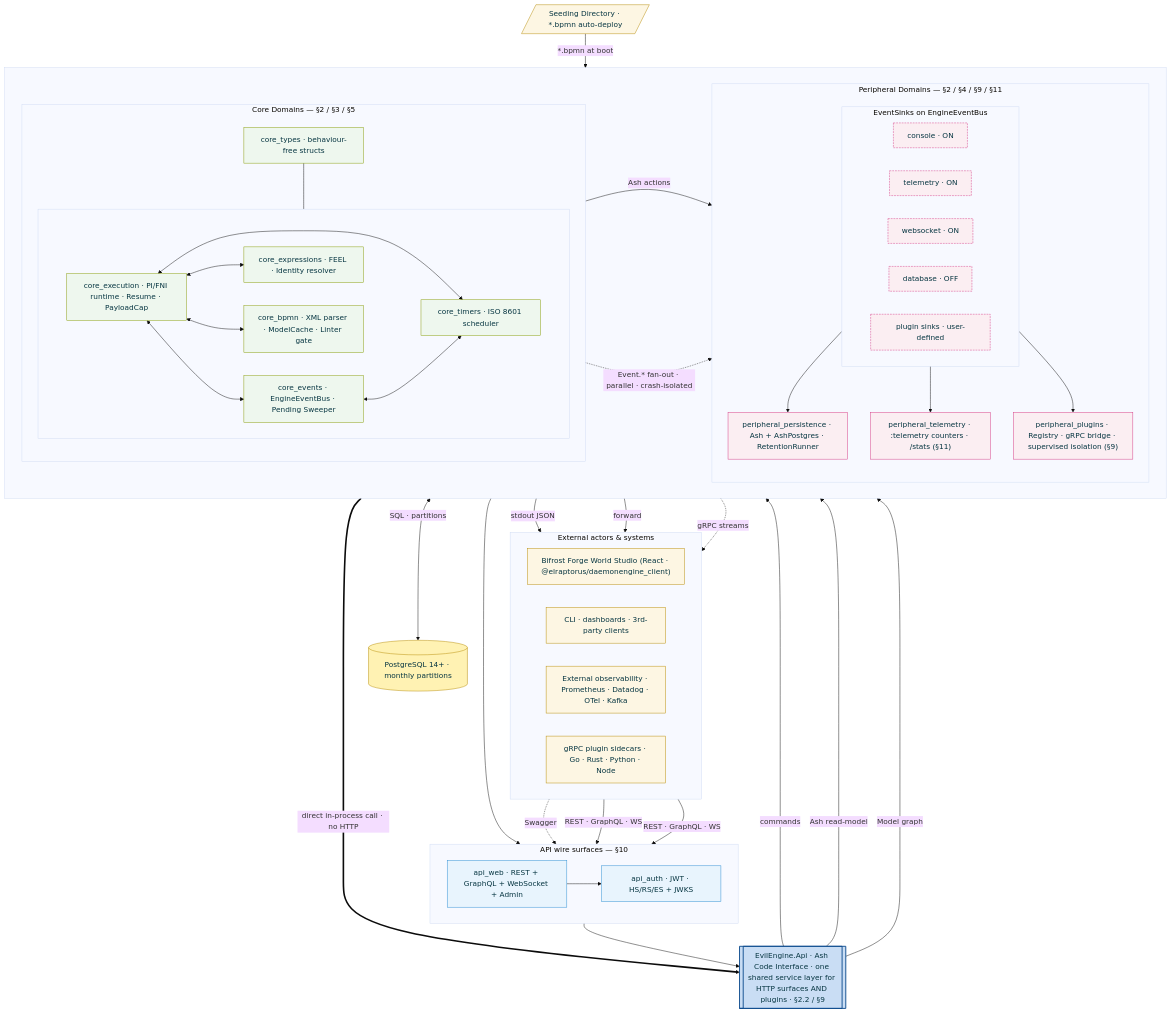
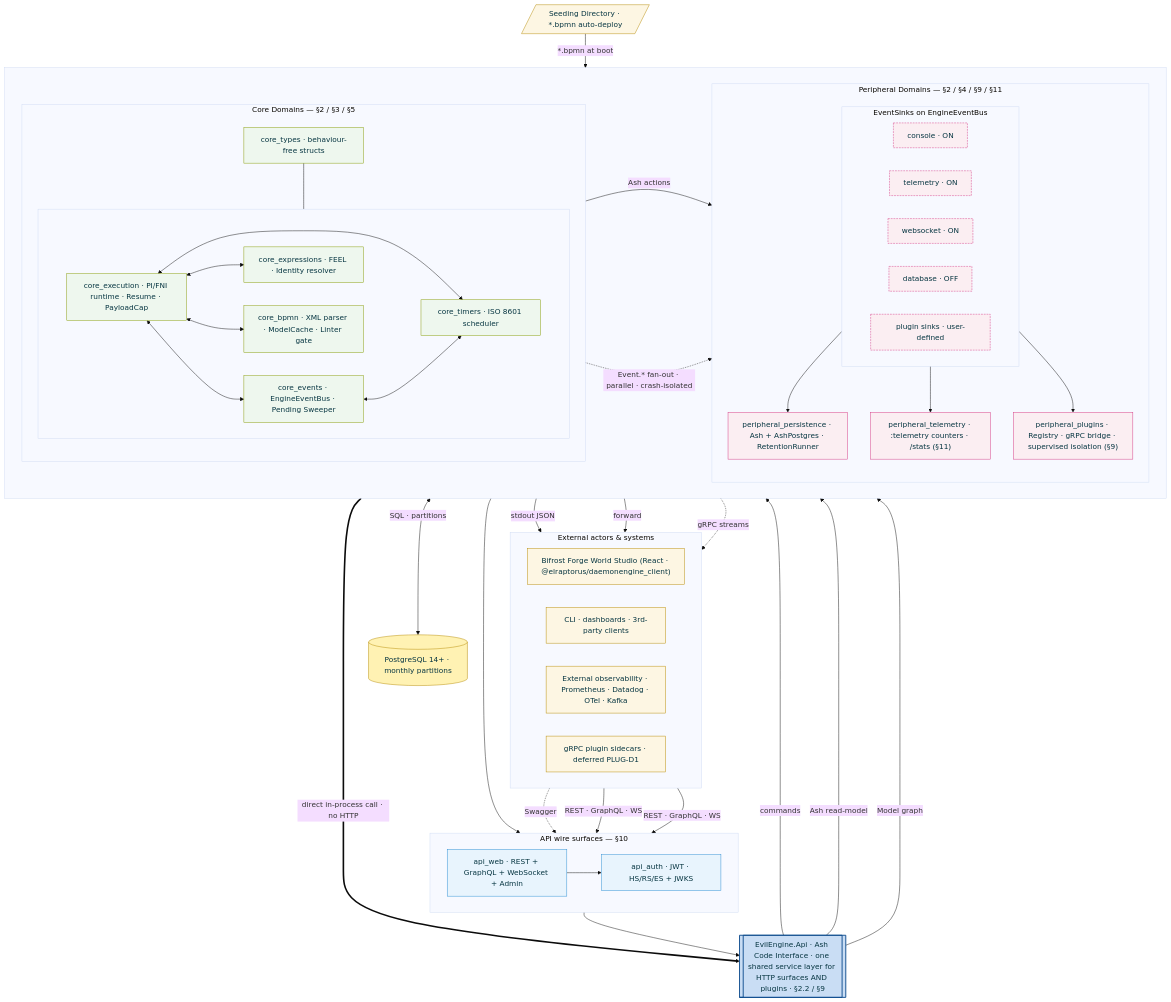
One commit to ElRaptorus/BFW-Engine changed the diagram in docs/Architecture.md. Above: the diagram before and after it, drawn with Mermaid (base theme). The commit also changed other lines of this file and 25 other files, not shown here.

```diff
--- a/docs/Architecture.md
+++ b/docs/Architecture.md
@@ -34,7 +34,7 @@
     Studio["Bifrost Forge World Studio (React · @elraptorus/daemonengine_client)"]
     OtherClients["CLI · dashboards · 3rd-party clients"]
     Obs["External observability · Prometheus · Datadog · OTel · Kafka"]
-    Sidecars["gRPC plugin sidecars · Go · Rust · Python · Node"]
+    Sidecars["gRPC plugin sidecars · deferred PLUG-D1"]
   end
 
   %% ============ Row 2: API wire surfaces ============
```
